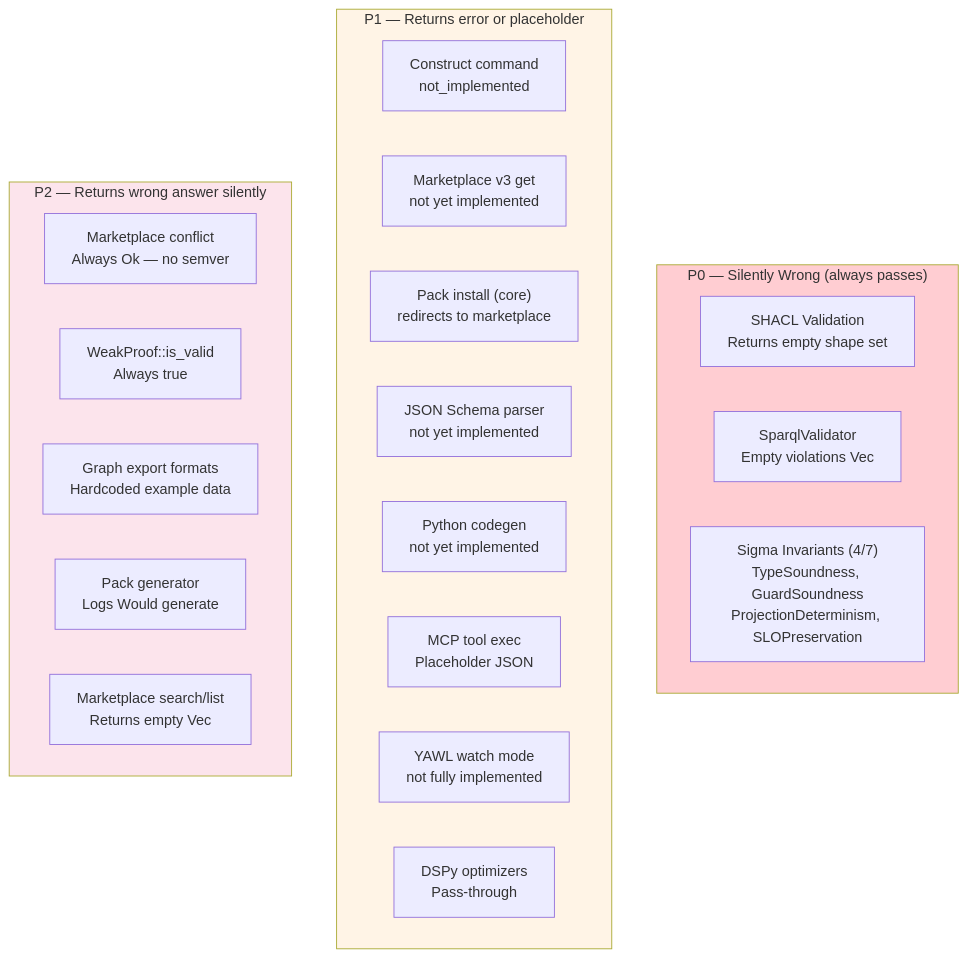
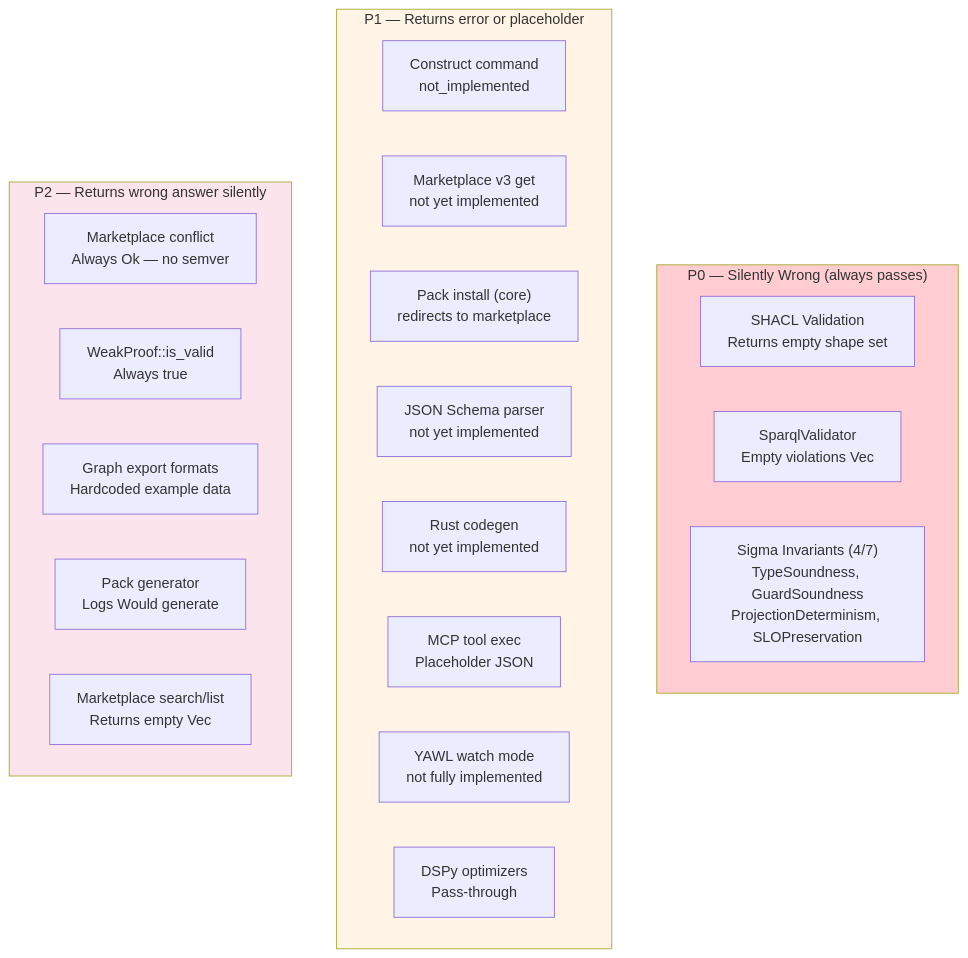
The third of 4 diagrams in docs/architecture/COMPRESSED_REFERENCE.md (seanchatmangpt/ggen), drawn with Mermaid before and after one commit. The commit also changed other lines of this file and 104 other files, not shown here.

````diff
--- a/docs/architecture/COMPRESSED_REFERENCE.md
+++ b/docs/architecture/COMPRESSED_REFERENCE.md
@@ -153,31 +153,31 @@
 ```mermaid
 flowchart TD
     subgraph P0["P0 — Silently Wrong (always passes)"]
         SHACL["SHACL Validation<br/>Returns empty shape set"]
         SPARQL["SparqlValidator<br/>Empty violations Vec"]
         SIGMA["Sigma Invariants (4/7)<br/>TypeSoundness, GuardSoundness<br/>ProjectionDeterminism, SLOPreservation"]
     end
 
     subgraph P1["P1 — Returns error or placeholder"]
         CONSTRUCT["Construct command<br/>not_implemented"]
         MKT_V3["Marketplace v3 get<br/>not yet implemented"]
         PACK["Pack install (core)<br/>redirects to marketplace"]
         JSON["JSON Schema parser<br/>not yet implemented"]
-        PYTHON["Python codegen<br/>not yet implemented"]
+        PYTHON["Rust codegen<br/>not yet implemented"]
         MCP["MCP tool exec<br/>Placeholder JSON"]
         YAWL["YAWL watch mode<br/>not fully implemented"]
         DSPY["DSPy optimizers<br/>Pass-through"]
     end
 
     subgraph P2["P2 — Returns wrong answer silently"]
         CONFLICT["Marketplace conflict<br/>Always Ok — no semver"]
         WEAK["WeakProof::is_valid<br/>Always true"]
         GRAPH["Graph export formats<br/>Hardcoded example data"]
         GEN["Pack generator<br/>Logs Would generate"]
         SEARCH["Marketplace search/list<br/>Returns empty Vec"]
     end
 
     style P0 fill:#ffcdd2
     style P1 fill:#fff4e6
     style P2 fill:#fce4ec
 ```
````
